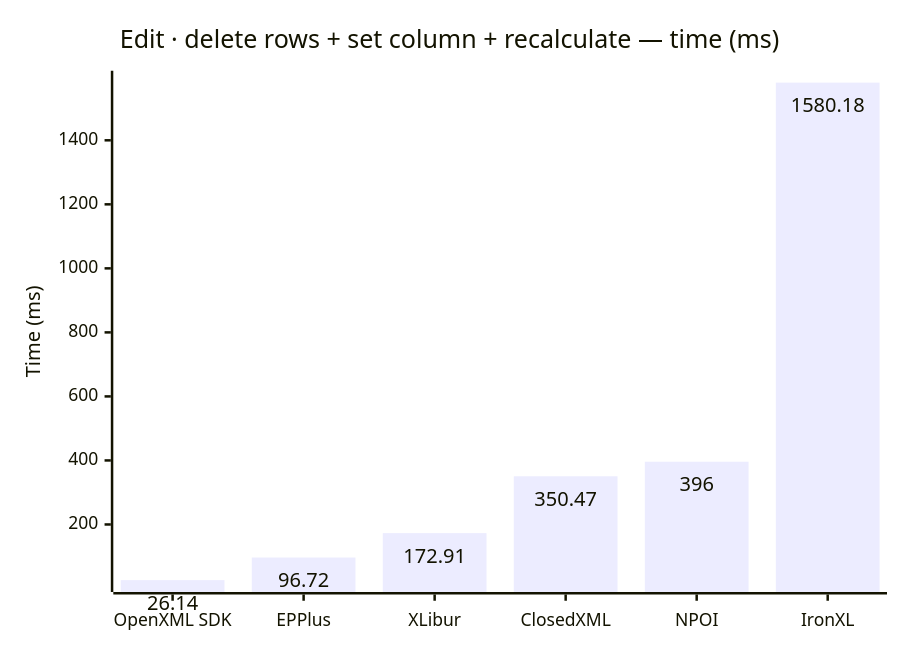
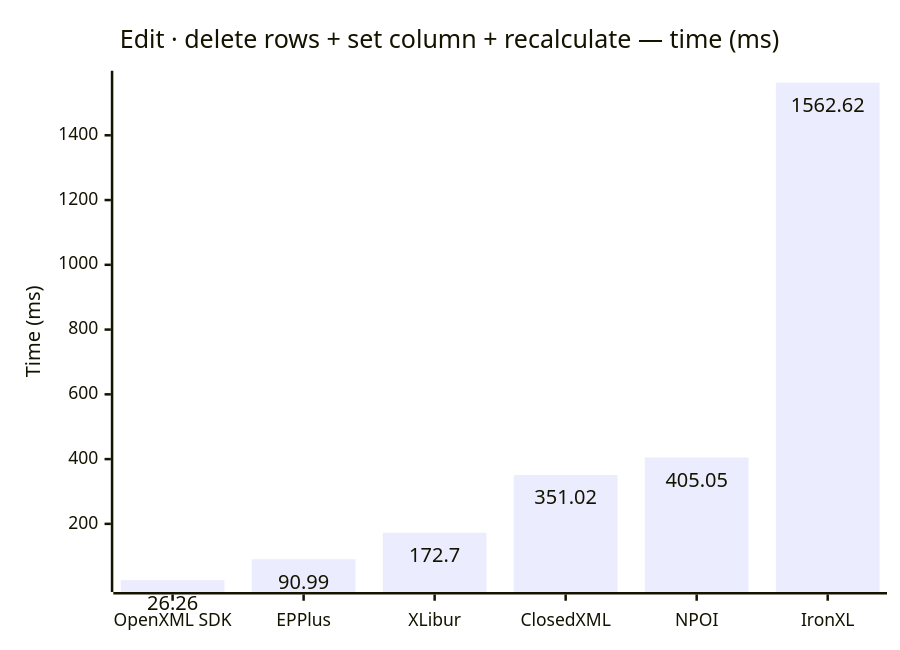
One commit to jafin/XLBench changed the ninth of 10 diagrams in docs/results.md. Above: the diagram before and after it, drawn with Mermaid. The commit also changed other lines of this file and 5 other files, not shown here.

````diff
--- a/docs/results.md
+++ b/docs/results.md
@@ -139,12 +139,12 @@
 ```mermaid
 ---
 config:
   xyChart:
     showDataLabel: true
 ---
 xychart-beta
     title "Edit · delete rows + set column + recalculate — time (ms)"
     x-axis ["OpenXML SDK", "EPPlus", "XLibur", "ClosedXML", "NPOI", "IronXL"]
     y-axis "Time (ms)"
-    bar [26.14, 96.72, 172.91, 350.47, 396, 1580.18]
+    bar [26.26, 90.99, 172.7, 351.02, 405.05, 1562.62]
 ```
````
